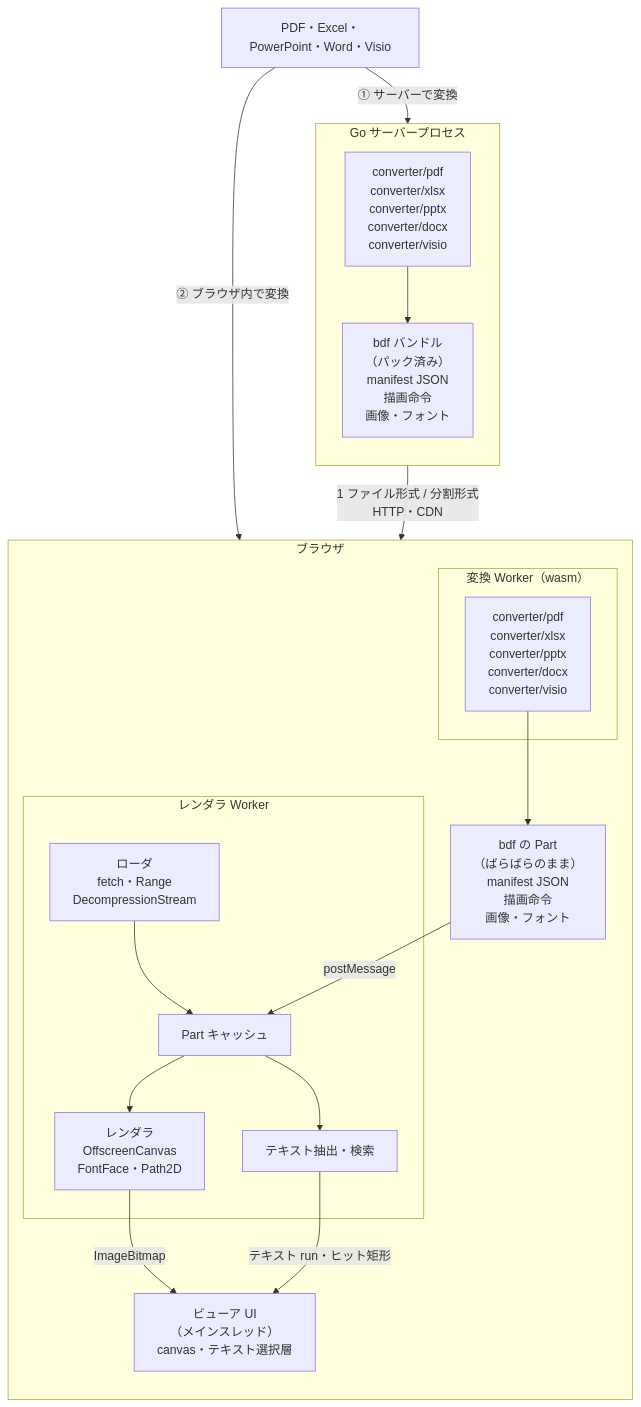
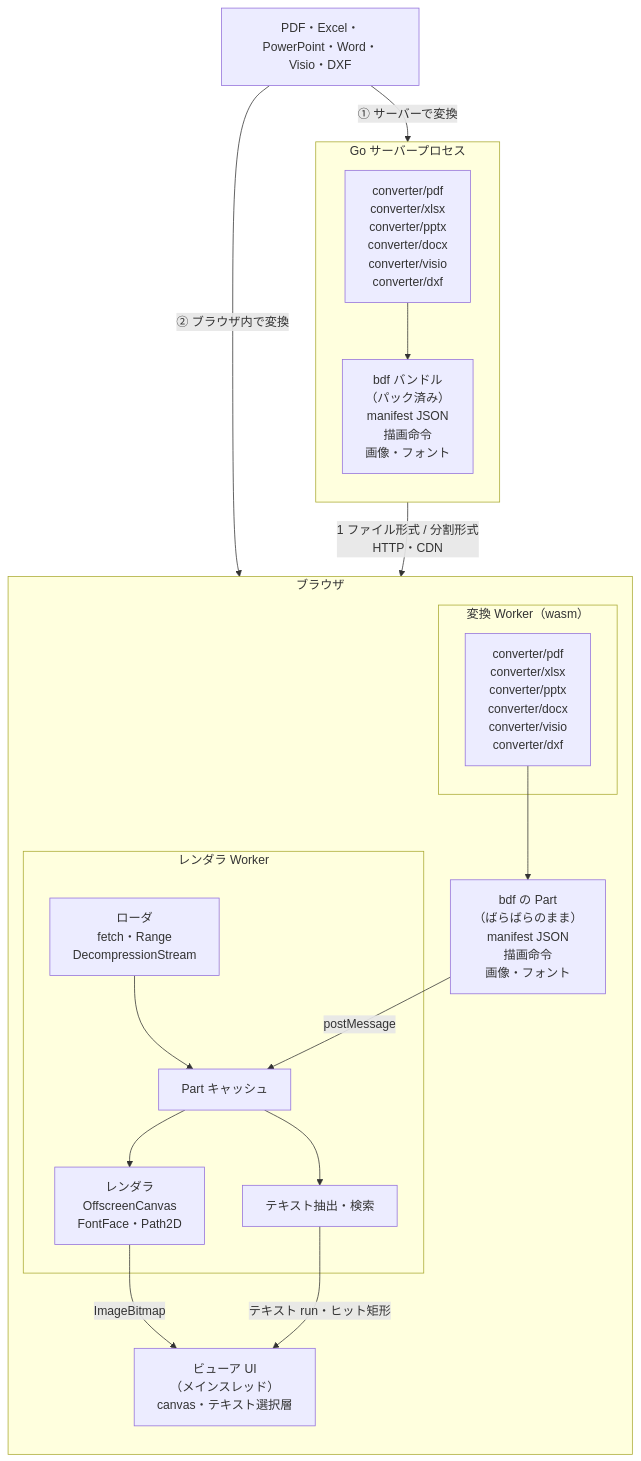
The diagram in README.ja.md (shibukawa/bdf), drawn with Mermaid before and after one commit. The commit also changed other lines of this file and 45 other files, not shown here.

````diff
--- a/README.ja.md
+++ b/README.ja.md
@@ -11,37 +11,37 @@
 ```mermaid
 flowchart TB
-    SRC["PDF・Excel・PowerPoint・Word・Visio"]
+    SRC["PDF・Excel・PowerPoint・Word・Visio・DXF"]
 
     subgraph SERVER["Go サーバープロセス"]
         direction TB
-        SCONV["converter/pdf<br/>converter/xlsx<br/>converter/pptx<br/>converter/docx<br/>converter/visio"]
+        SCONV["converter/pdf<br/>converter/xlsx<br/>converter/pptx<br/>converter/docx<br/>converter/visio<br/>converter/dxf"]
         BUNDLE["bdf バンドル<br/>（パック済み）<br/>manifest JSON<br/>描画命令<br/>画像・フォント"]
         SCONV --> BUNDLE
     end
 
     subgraph BROWSER["ブラウザ"]
         direction TB
         subgraph CWORKER["変換 Worker（wasm）"]
-            WCONV["converter/pdf<br/>converter/xlsx<br/>converter/pptx<br/>converter/docx<br/>converter/visio"]
+            WCONV["converter/pdf<br/>converter/xlsx<br/>converter/pptx<br/>converter/docx<br/>converter/visio<br/>converter/dxf"]
         end
         PARTS["bdf の Part<br/>（ばらばらのまま）<br/>manifest JSON<br/>描画命令<br/>画像・フォント"]
         subgraph RWORKER["レンダラ Worker"]
             LOADER["ローダ<br/>fetch・Range<br/>DecompressionStream"]
             STORE["Part キャッシュ"]
             RENDER["レンダラ<br/>OffscreenCanvas<br/>FontFace・Path2D"]
             TEXT["テキスト抽出・検索"]
             LOADER --> STORE
             STORE --> RENDER
             STORE --> TEXT
         end
         UI["ビューア UI<br/>（メインスレッド）<br/>canvas・テキスト選択層"]
         WCONV --> PARTS
     end
 
     SRC -- "① サーバーで変換" --> SCONV
     SRC -- "② ブラウザ内で変換" --> WCONV
     BUNDLE -- "1 ファイル形式 / 分割形式<br/>HTTP・CDN" --> LOADER
     PARTS -- "postMessage" --> STORE
     RENDER -- "ImageBitmap" --> UI
     TEXT -- "テキスト run・ヒット矩形" --> UI
 ```
````
